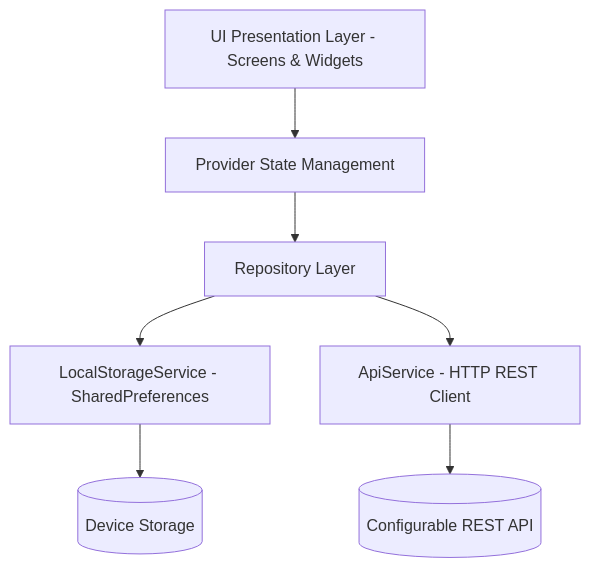
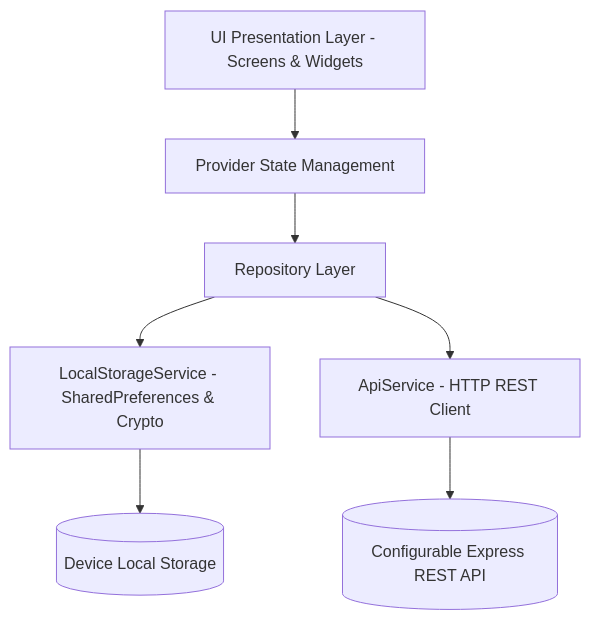
One commit to rohith-1228/campusverse changed the diagram in README.md. Above: the diagram before and after it, drawn with Mermaid. The commit also changed other lines of this file and 16 other files, not shown here.

````diff
--- a/README.md
+++ b/README.md
@@ -236,9 +272,9 @@
 ```mermaid
 flowchart TD
     UI[UI Presentation Layer - Screens & Widgets] --> Providers[Provider State Management]
     Providers --> Repositories[Repository Layer]
-    Repositories --> StorageService[LocalStorageService - SharedPreferences]
+    Repositories --> StorageService[LocalStorageService - SharedPreferences & Crypto]
     Repositories --> ApiService[ApiService - HTTP REST Client]
-    ApiService --> RemoteAPI[(Configurable REST API)]
-    StorageService --> LocalDB[(Device Storage)]
+    ApiService --> RemoteAPI[(Configurable Express REST API)]
+    StorageService --> LocalDB[(Device Local Storage)]
 ```
````
